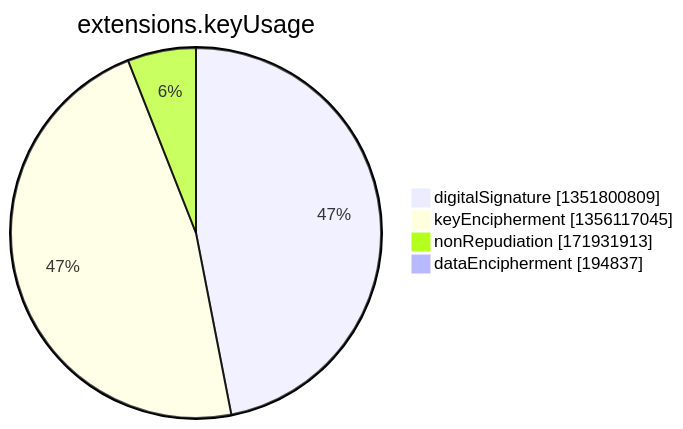
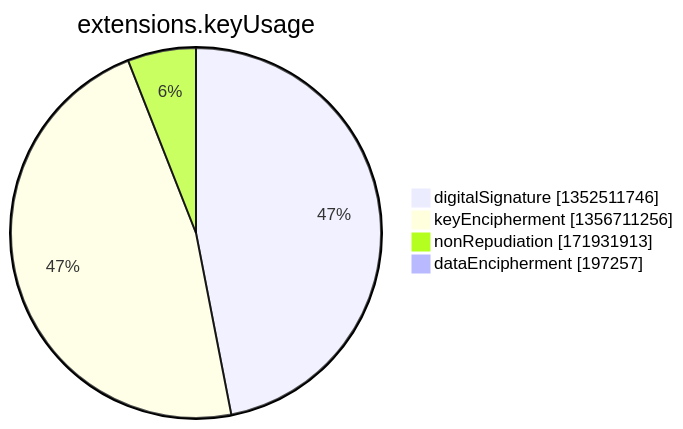
One commit to christiankrug/ctmonitor_visualization changed the seventh of 15 diagrams in argon2022/README.md. Above: the diagram before and after it, drawn with Mermaid. The commit also changed other lines of this file, not shown here.

````diff
--- a/argon2022/README.md
+++ b/argon2022/README.md
@@ -2750,8 +2750,8 @@
 ```mermaid
 pie showData
 title extensions.keyUsage
-"digitalSignature" :1351800809
-"keyEncipherment" :1356117045
+"digitalSignature" :1352511746
+"keyEncipherment" :1356711256
 "nonRepudiation" :171931913
-"dataEncipherment" :194837
+"dataEncipherment" :197257
 ```
````
